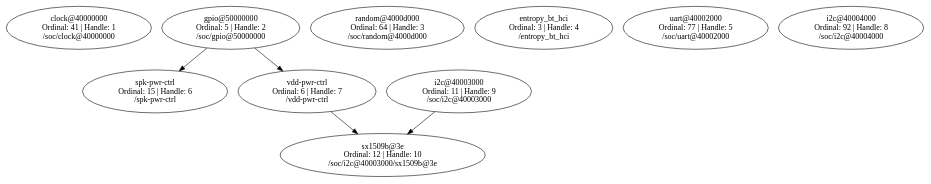
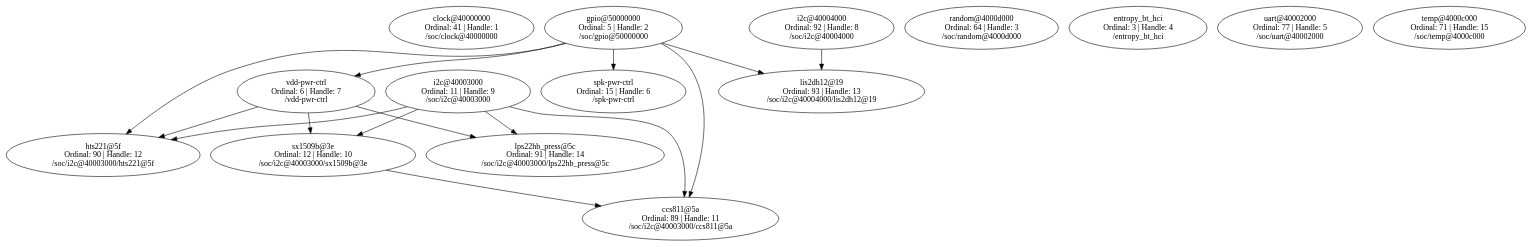
The diagram in thingy/build/zephyr/dev_graph.dot (Bpriya2001/Vidar-Blue), drawn with Graphviz before and after one commit. The commit also changed 41 other files, not shown here.

```diff
--- a/thingy/build/zephyr/dev_graph.dot
+++ b/thingy/build/zephyr/dev_graph.dot
@@ -1,17 +1,32 @@
 // /home/user/csse4011/Vidar-Blue/thingy/build/zephyr/zephyr_pre0.elf
 digraph "Device dependency graph" {
 	41 [label="clock@40000000\nOrdinal: 41 | Handle: 1\n/soc/clock@40000000"]
 	5 [label="gpio@50000000\nOrdinal: 5 | Handle: 2\n/soc/gpio@50000000"]
 	64 [label="random@4000d000\nOrdinal: 64 | Handle: 3\n/soc/random@4000d000"]
 	3 [label="entropy_bt_hci\nOrdinal: 3 | Handle: 4\n/entropy_bt_hci"]
 	77 [label="uart@40002000\nOrdinal: 77 | Handle: 5\n/soc/uart@40002000"]
 	15 [label="spk-pwr-ctrl\nOrdinal: 15 | Handle: 6\n/spk-pwr-ctrl"]
 	6 [label="vdd-pwr-ctrl\nOrdinal: 6 | Handle: 7\n/vdd-pwr-ctrl"]
 	92 [label="i2c@40004000\nOrdinal: 92 | Handle: 8\n/soc/i2c@40004000"]
 	11 [label="i2c@40003000\nOrdinal: 11 | Handle: 9\n/soc/i2c@40003000"]
 	12 [label="sx1509b@3e\nOrdinal: 12 | Handle: 10\n/soc/i2c@40003000/sx1509b@3e"]
+	89 [label="ccs811@5a\nOrdinal: 89 | Handle: 11\n/soc/i2c@40003000/ccs811@5a"]
+	90 [label="hts221@5f\nOrdinal: 90 | Handle: 12\n/soc/i2c@40003000/hts221@5f"]
+	93 [label="lis2dh12@19\nOrdinal: 93 | Handle: 13\n/soc/i2c@40004000/lis2dh12@19"]
+	91 [label="lps22hb_press@5c\nOrdinal: 91 | Handle: 14\n/soc/i2c@40003000/lps22hb_press@5c"]
+	71 [label="temp@4000c000\nOrdinal: 71 | Handle: 15\n/soc/temp@4000c000"]
+	5 -> 93
 	5 -> 6
+	5 -> 90
+	5 -> 89
 	5 -> 15
+	6 -> 90
 	6 -> 12
+	6 -> 91
+	92 -> 93
+	11 -> 90
+	11 -> 89
 	11 -> 12
+	11 -> 91
+	12 -> 89
 }
```
